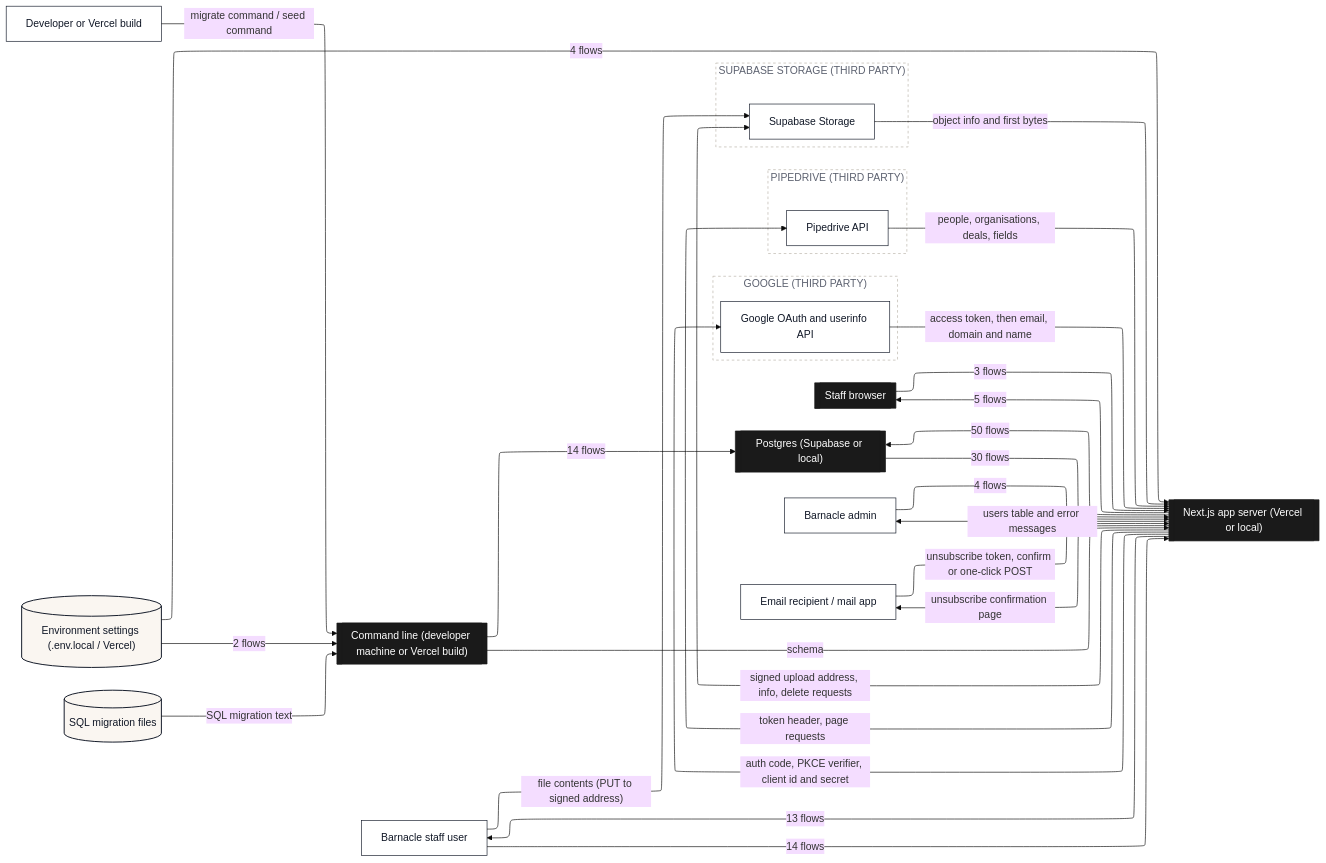
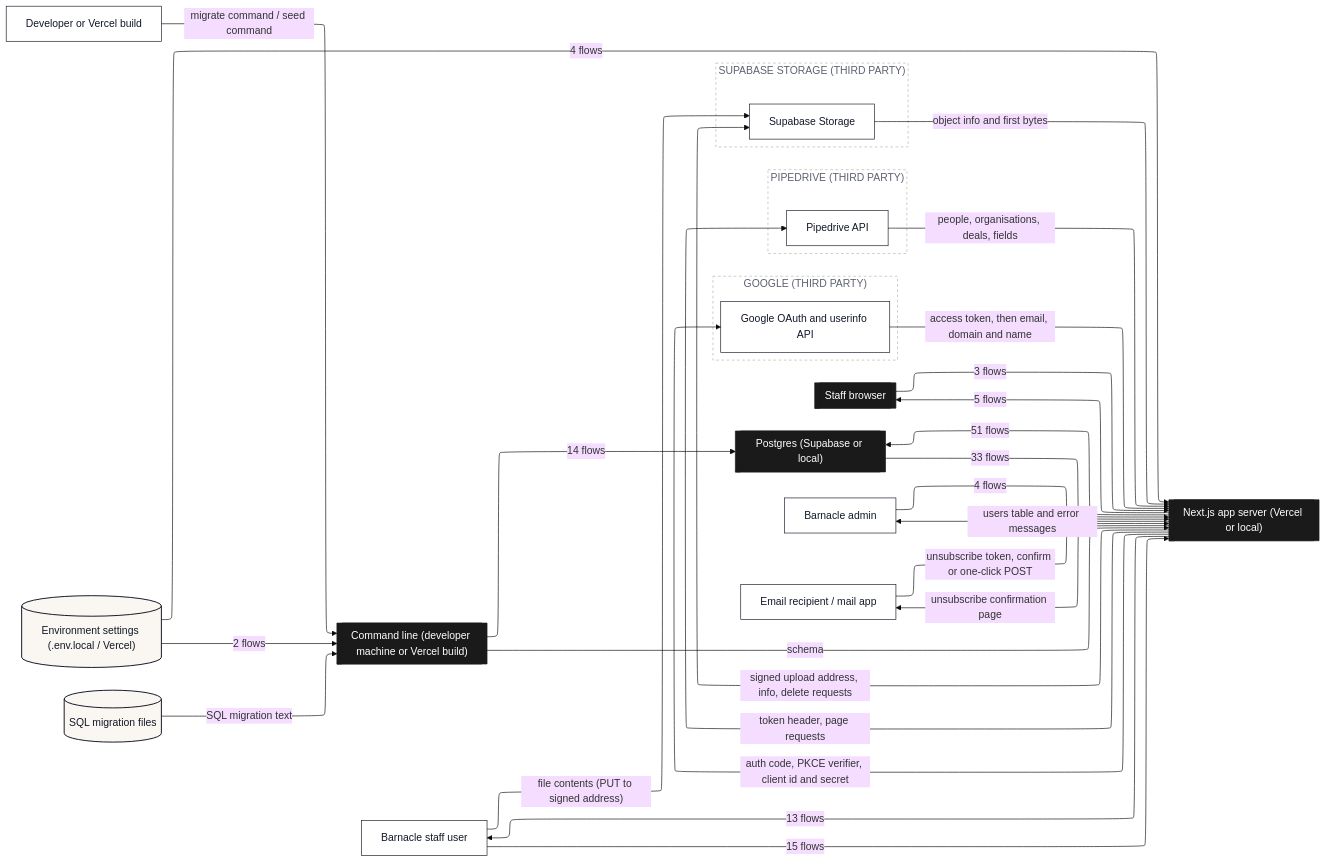
Before and after one commit to Romain-Perche/Barnacle-Pipe: the second of 14 diagrams in dataflow/DATAFLOW.md, drawn with Mermaid (base theme). The commit also changed other lines of this file and 12 other files, not shown here.

````diff
--- a/dataflow/DATAFLOW.md
+++ b/dataflow/DATAFLOW.md
@@ -132,61 +138,61 @@
 ```mermaid
 ---
 config:
   layout: elk
 ---
 flowchart LR
     n1[["Next.js app server (Vercel or local)"]]
     n2[["Staff browser"]]
     n3[["Command line (developer machine or Vercel build)"]]
     n4[["Postgres (Supabase or local)"]]
     n5["Barnacle admin"]
     n6["Developer or Vercel build"]
     n7["Email recipient / mail app"]
     n8[("Environment settings (.env.local / Vercel)")]
     n9[("SQL migration files")]
     n10["Barnacle staff user"]
     subgraph z1["GOOGLE (THIRD PARTY)"]
         n11["Google OAuth and userinfo API"]
     end
     subgraph z2["PIPEDRIVE (THIRD PARTY)"]
         n12["Pipedrive API"]
     end
     subgraph z3["SUPABASE STORAGE (THIRD PARTY)"]
         n13["Supabase Storage"]
     end
-    n1 -->|"50 flows"| n4
+    n1 -->|"51 flows"| n4
     n1 -->|"13 flows"| n10
-    n4 -->|"30 flows"| n1
+    n4 -->|"33 flows"| n1
     n5 -->|"4 flows"| n1
     n2 -->|"3 flows"| n1
     n6 -->|"migrate command / seed command"| n3
     n7 -->|"unsubscribe token, confirm or one-click POST"| n1
     n8 -->|"4 flows"| n1
     n8 -->|"2 flows"| n3
     n1 -->|"5 flows"| n2
     n1 -->|"signed upload address, info, delete requests"| n13
     n1 -->|"auth code, PKCE verifier, client id and secret"| n11
     n11 -->|"access token, then email, domain and name"| n1
     n3 -->|"14 flows"| n4
     n3 -->|"schema"| n1
     n9 -->|"SQL migration text"| n3
     n12 -->|"people, organisations, deals, fields"| n1
     n1 -->|"token header, page requests"| n12
-    n10 -->|"14 flows"| n1
+    n10 -->|"15 flows"| n1
     n10 -->|"file contents (PUT to signed address)"| n13
     n13 -->|"object info and first bytes"| n1
     n1 -->|"unsubscribe confirmation page"| n7
     n1 -->|"users table and error messages"| n5
     classDef actor fill:#FFFFFF,stroke:#111827,stroke-width:1px,color:#111827
     classDef process fill:#EDEAFF,stroke:#2B00FF,stroke-width:1.5px,color:#111827
     classDef store fill:#FAF6F1,stroke:#111827,stroke-width:1.5px,color:#111827
     classDef zone fill:#1A1A1A,stroke:#1A1A1A,color:#FFFFFF
     classDef group fill:#2B00FF,stroke:#2B00FF,color:#FFFFFF
     classDef stub fill:#FFFFFF,stroke:#2B00FF,stroke-width:1.5px,stroke-dasharray:5 4,color:#2B00FF
     class n5,n6,n7,n10,n11,n12,n13 actor
     class n8,n9 store
     class n1,n2,n3,n4 zone
     style z1 fill:#FFFFFF,stroke:#B9B2A8,stroke-dasharray:4 4,color:#5D6270
     style z2 fill:#FFFFFF,stroke:#B9B2A8,stroke-dasharray:4 4,color:#5D6270
     style z3 fill:#FFFFFF,stroke:#B9B2A8,stroke-dasharray:4 4,color:#5D6270
 ```
````
